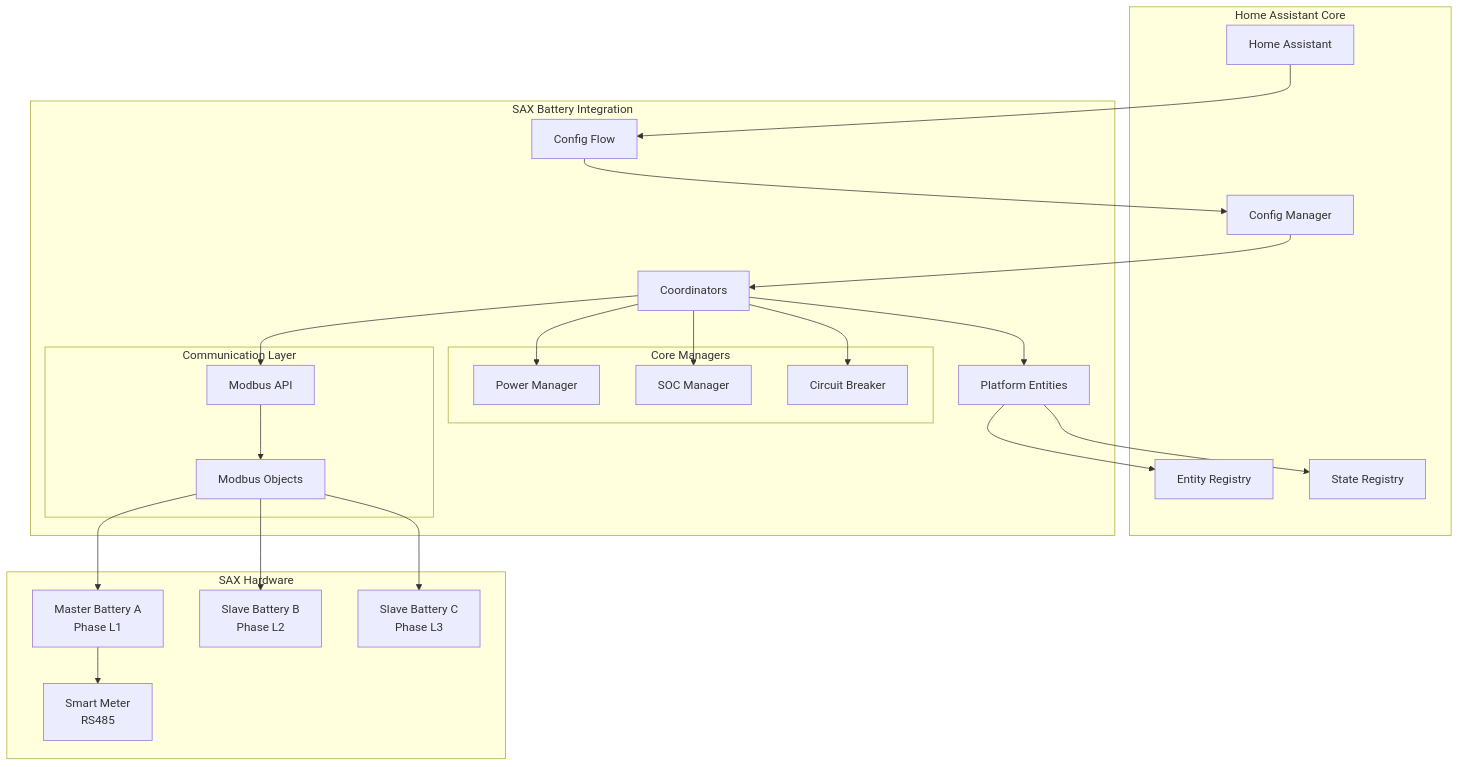
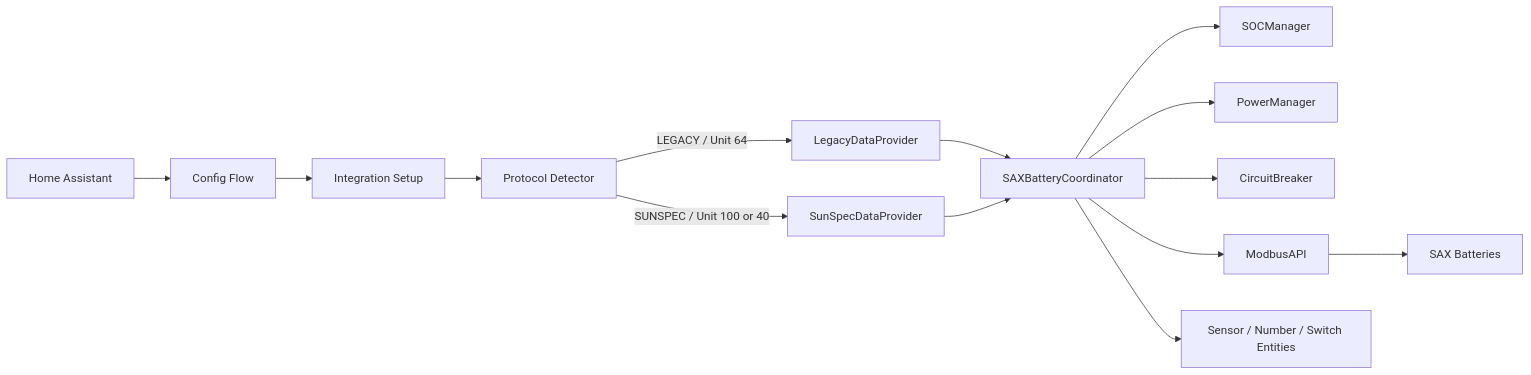
Before and after one commit to matfroh/sax_battery_ha: the diagram in documentation/architecture/README.md, drawn with Mermaid. The commit also changed other lines of this file and 52 other files, not shown here.

Commit message:
Implement SunSpec mode support

````diff
--- a/documentation/architecture/README.md
+++ b/documentation/architecture/README.md
@@ -19,51 +12,21 @@
 ```mermaid
-graph TB
-    subgraph "Home Assistant Core"
-        HA[Home Assistant]
-        CM[Config Manager]
-        ER[Entity Registry]
-        SR[State Registry]
-    end
-    
-    subgraph "SAX Battery Integration"
-        CF[Config Flow]
-        COORD[Coordinators]
-        ENT[Platform Entities]
-        
-        subgraph "Core Managers"
-            PM[Power Manager]
-            SM[SOC Manager]
-            CB[Circuit Breaker]
-        end
-        
-        subgraph "Communication Layer"
-            API[Modbus API]
-            MOD[Modbus Objects]
-        end
-    end
-    
-    subgraph "SAX Hardware"
-        MA[Master Battery A<br/>Phase L1]
-        SB[Slave Battery B<br/>Phase L2] 
-        SC[Slave Battery C<br/>Phase L3]
-        METER[Smart Meter<br/>RS485]
-    end
-    
-    HA --> CF
-    CF --> CM
-    CM --> COORD
-    COORD --> ENT
-    COORD --> PM
-    COORD --> SM
-    COORD --> CB
-    
-    COORD --> API
-    API --> MOD
-    MOD --> MA
-    MOD --> SB
-    MOD --> SC
-    MA --> METER
-    
-    ENT --> ER
-    ENT --> SR
+flowchart LR
+    HA[Home Assistant] --> CF[Config Flow]
+    CF --> INIT[Integration Setup]
+    INIT --> DETECT[Protocol Detector]
+
+    DETECT -->|LEGACY / Unit 64| LP[LegacyDataProvider]
+    DETECT -->|SUNSPEC / Unit 100 or 40| SP[SunSpecDataProvider]
+
+    LP --> COORD[SAXBatteryCoordinator]
+    SP --> COORD
+
+    COORD --> SOC[SOCManager]
+    COORD --> PM[PowerManager]
+    COORD --> CB[CircuitBreaker]
+
+    COORD --> MODBUS[ModbusAPI]
+    MODBUS --> HW[SAX Batteries]
+
+    COORD --> ENT[Sensor / Number / Switch Entities]
 ```
````
